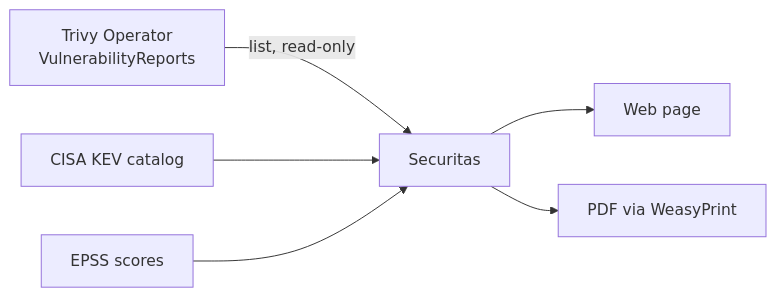
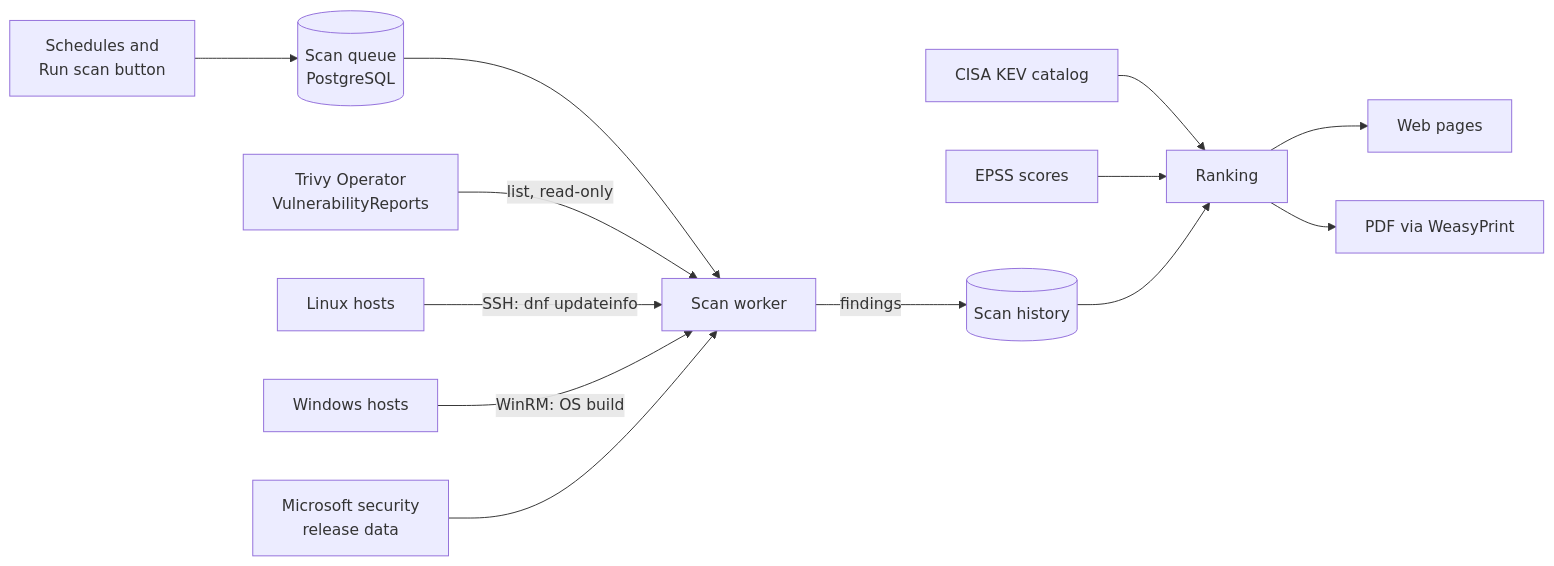
One commit to uhlix-net/securitas changed the diagram in README.md. Above: the diagram before and after it, drawn with Mermaid. The commit also changed other lines of this file and 38 other files, not shown here.

First line of the commit message:
Securitas 0.2.0: scheduled scans, history, sign-in and roles

````diff
--- a/README.md
+++ b/README.md
@@ -90,8 +154,15 @@
 ```mermaid
 flowchart LR
-  trivy[Trivy Operator<br/>VulnerabilityReports] -->|list, read-only| sec[Securitas]
-  kev[CISA KEV catalog] --> sec
-  epss[EPSS scores] --> sec
-  sec --> page[Web page]
-  sec --> pdf[PDF via WeasyPrint]
+  sched[Schedules and<br/>Run scan button] --> q[(Scan queue<br/>PostgreSQL)]
+  q --> w[Scan worker]
+  trivy[Trivy Operator<br/>VulnerabilityReports] -->|list, read-only| w
+  linux[Linux hosts] -->|SSH: dnf updateinfo| w
+  win[Windows hosts] -->|WinRM: OS build| w
+  msrc[Microsoft security<br/>release data] --> w
+  kev[CISA KEV catalog] --> rank[Ranking]
+  epss[EPSS scores] --> rank
+  w -->|findings| hist[(Scan history)]
+  hist --> rank
+  rank --> page[Web pages]
+  rank --> pdf[PDF via WeasyPrint]
 ```
````
